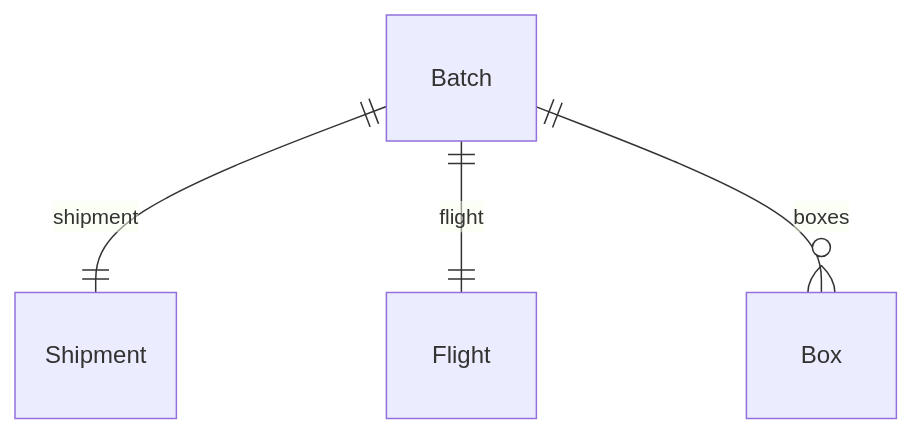
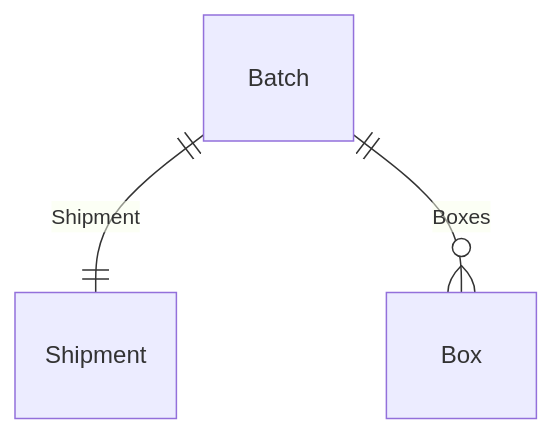
Before and after one commit to phalla-doll/visual-graph: the diagram in README.md, drawn with Mermaid. The commit also changed other lines of this file, not shown here.

````diff
--- a/README.md
+++ b/README.md
@@ -407,7 +260,5 @@
 ```mermaid
 erDiagram
-
-Batch ||--|| Shipment : shipment
-Batch ||--|| Flight : flight
-Batch ||--o{ Box : boxes
+Batch ||--|| Shipment : Shipment
+Batch ||--o{ Box      : Boxes
 ```
````
